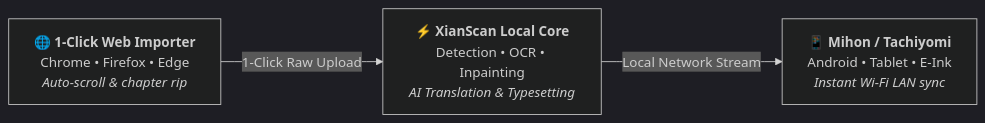
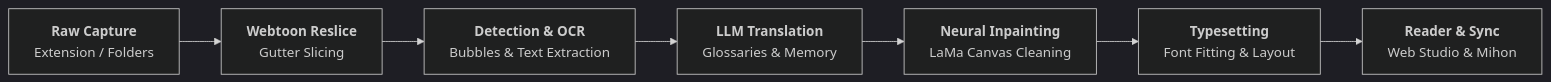
Before and after one commit to ArbenApura/xianscan-rust: the diagram in README.md, drawn with Mermaid (dark theme). The commit also changed other lines of this file and 123 other files, not shown here.

Commit message:
feat: enhance OCR and detector pipelines, importer extension, and sync release 0.2.6

````diff
--- a/README.md
+++ b/README.md
@@ -84,9 +57,9 @@
 ```mermaid
 flowchart LR
-    A["🌐 <b>1-Click Web Importer</b><br/>Chrome • Firefox • Edge<br/><i>Auto-scroll & chapter rip</i>"]
-    B["⚡ <b>XianScan Local Core</b><br/>Detection • OCR • Inpainting<br/><i>AI Translation & Typesetting</i>"]
-    C["📱 <b>Mihon / Tachiyomi</b><br/>Android • Tablet • E-Ink<br/><i>Instant Wi-Fi LAN sync</i>"]
-
-    A -->|"1-Click Raw Upload"| B
-    B -->|"Local Network Stream"| C
+    A["<b>Raw Capture</b><br/>Extension / Folders"] --> B["<b>Webtoon Reslice</b><br/>Gutter Slicing"]
+    B --> C["<b>Detection & OCR</b><br/>Bubbles & Text Extraction"]
+    C --> D["<b>LLM Translation</b><br/>Glossaries & Memory"]
+    D --> E["<b>Neural Inpainting</b><br/>LaMa Canvas Cleaning"]
+    E --> F["<b>Typesetting</b><br/>Font Fitting & Layout"]
+    F --> G["<b>Reader & Sync</b><br/>Web Studio & Mihon"]
 ```
````
